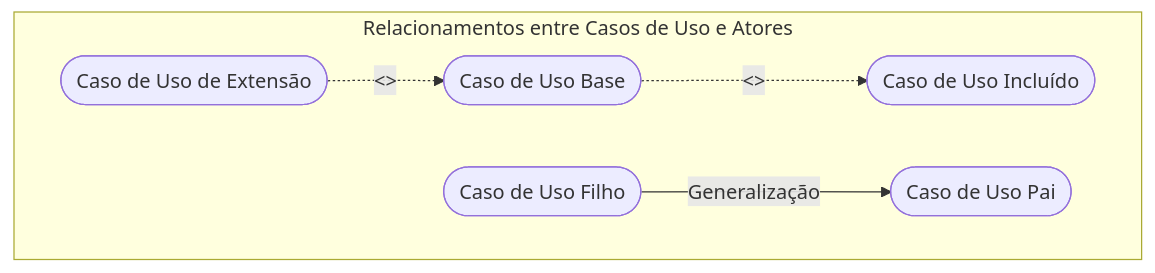
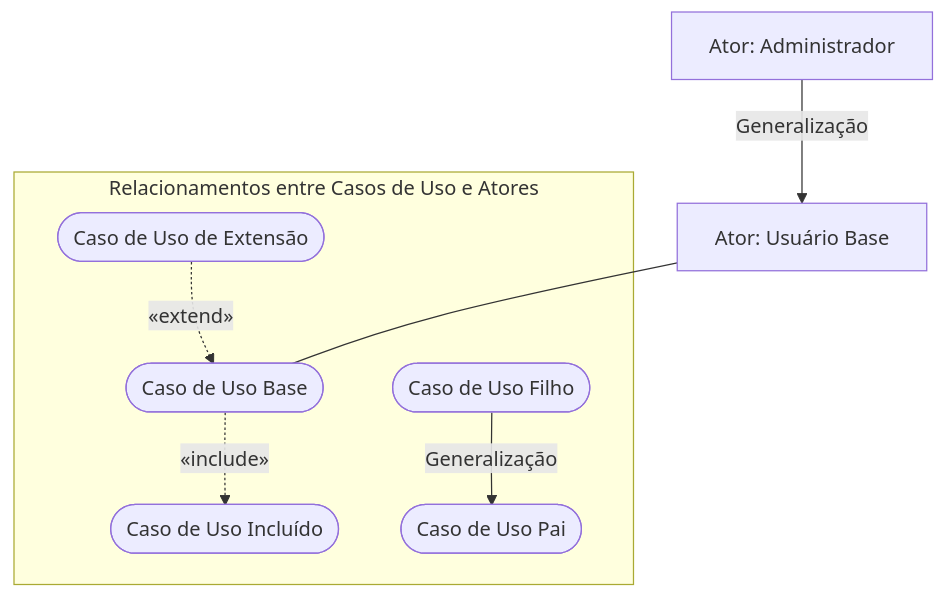
Before and after one commit to murilolol/unifef: diagram 15 of 32 in 4º Semestre/[Prof. Wesley Soares] Engenharia de Software II/Resumos-IA/Caderno-Consolidado.md, drawn with Mermaid. The commit also changed other lines of this file and 10 other files, not shown here.

````diff
--- a/4º Semestre/[Prof. Wesley Soares] Engenharia de Software II/Resumos-IA/Caderno-Consolidado.md
+++ b/4º Semestre/[Prof. Wesley Soares] Engenharia de Software II/Resumos-IA/Caderno-Consolidado.md
@@ -628,14 +616,19 @@
 ```mermaid
 flowchart TD
-    subgraph RelacionamentosUML["Relacionamentos entre Casos de Uso e Atores"]
-        Base(["Caso de Uso Base"])
-        Inc(["Caso de Uso Incluído"])
-        Ext(["Caso de Uso de Extensão"])
-        Pai(["Caso de Uso Pai"])
-        Filho(["Caso de Uso Filho"])
+  subgraph Sistema["Relacionamentos entre Casos de Uso e Atores"]
+    Base(["Caso de Uso Base"])
+    Inc(["Caso de Uso Incluído"])
+    Ext(["Caso de Uso de Extensão"])
+    Pai(["Caso de Uso Pai"])
+    Filho(["Caso de Uso Filho"])
 
-        Base -.->|"<<include>>"| Inc
-        Ext -.->|"<<extend>>"| Base
-        Filho -->|"Generalização"| Pai
-    end
+    Base -.->|"«include»"| Inc
+    Ext -.->|"«extend»"| Base
+    Filho -->|"Generalização"| Pai
+  end
+
+  AtorPai["Ator: Usuário Base"]
+  AtorFilho["Ator: Administrador"]
+  AtorFilho -->|"Generalização"| AtorPai
+  AtorPai --- Base
 ```
````
